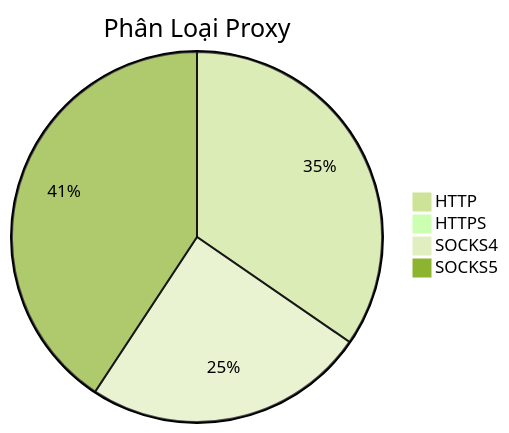
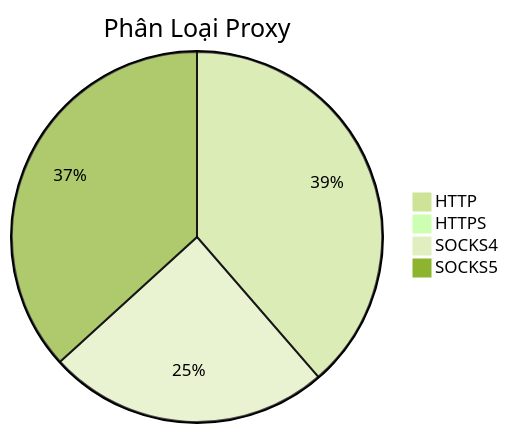
The diagram in README.md (Ciara-12/PROXY-free), drawn with Mermaid (forest theme) before and after one commit. The commit also changed other lines of this file and 3 other files, not shown here.

````diff
--- a/README.md
+++ b/README.md
@@ -26,7 +26,7 @@
 ```mermaid
 pie title Phân Loại Proxy
-    "HTTP" : 265
+    "HTTP" : 372
     "HTTPS" : 0
-    "SOCKS4" : 189
-    "SOCKS5" : 312
+    "SOCKS4" : 237
+    "SOCKS5" : 354
 ```
````
